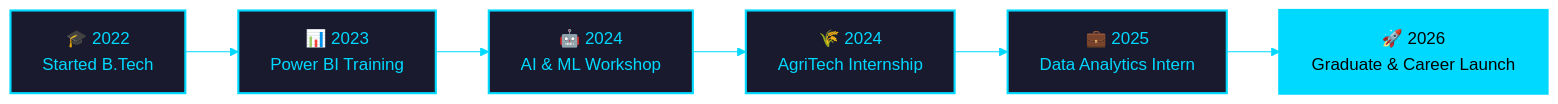
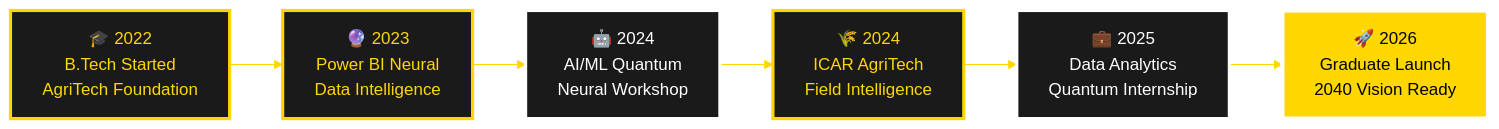
Before and after one commit to gokul2005083-source/gokul2005083-source-: the diagram in README.md, drawn with Mermaid. The commit also changed other lines of this file, not shown here.

````diff
--- a/README.md
+++ b/README.md
@@ -446,17 +518,17 @@
 ```mermaid
-%%{init: {'theme':'base', 'themeVariables': { 'primaryColor':'#0D1117','primaryTextColor':'#00D9FF','primaryBorderColor':'#00D9FF','lineColor':'#00D9FF'}}}%%
+%%{init: {'theme':'base', 'themeVariables': { 'primaryColor':'#FFD700','primaryTextColor':'#000000','primaryBorderColor':'#FFFFFF','lineColor':'#FFD700','secondaryColor':'#FFFFFF','tertiaryColor':'#1a1a1a'}}}%%
 
 graph LR
-    A[🎓 2022<br/>Started B.Tech] --> B[📊 2023<br/>Power BI Training]
-    B --> C[🤖 2024<br/>AI & ML Workshop]
-    C --> D[🌾 2024<br/>AgriTech Internship]
-    D --> E[💼 2025<br/>Data Analytics Intern]
-    E --> F[🚀 2026<br/>Graduate & Career Launch]
+    A[🎓 2022<br/>B.Tech Started<br/>AgriTech Foundation] --> B[🔮 2023<br/>Power BI Neural<br/>Data Intelligence]
+    B --> C[🤖 2024<br/>AI/ML Quantum<br/>Neural Workshop]
+    C --> D[🌾 2024<br/>ICAR AgriTech<br/>Field Intelligence]
+    D --> E[💼 2025<br/>Data Analytics<br/>Quantum Internship]
+    E --> F[🚀 2026<br/>Graduate Launch<br/>2040 Vision Ready]
     
-    style A fill:#1a1a2e,stroke:#00D9FF,stroke-width:2px,color:#00D9FF
-    style B fill:#1a1a2e,stroke:#00D9FF,stroke-width:2px,color:#00D9FF
-    style C fill:#1a1a2e,stroke:#00D9FF,stroke-width:2px,color:#00D9FF
-    style D fill:#1a1a2e,stroke:#00D9FF,stroke-width:2px,color:#00D9FF
-    style E fill:#1a1a2e,stroke:#00D9FF,stroke-width:2px,color:#00D9FF
-    style F fill:#00D9FF,stroke:#00D9FF,stroke-width:3px,color:#000000
+    style A fill:#1a1a1a,stroke:#FFD700,stroke-width:3px,color:#FFD700
+    style B fill:#1a1a1a,stroke:#FFD700,stroke-width:3px,color:#FFD700
+    style C fill:#1a1a1a,stroke:#FFFFFF,stroke-width:3px,color:#FFFFFF
+    style D fill:#1a1a1a,stroke:#FFD700,stroke-width:3px,color:#FFD700
+    style E fill:#1a1a1a,stroke:#FFFFFF,stroke-width:3px,color:#FFFFFF
+    style F fill:#FFD700,stroke:#FFFFFF,stroke-width:4px,color:#000000
 ```
````
